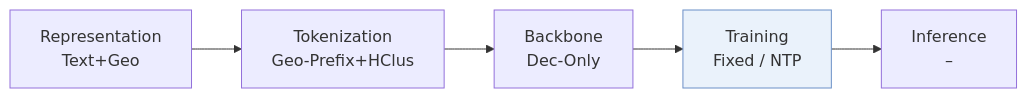
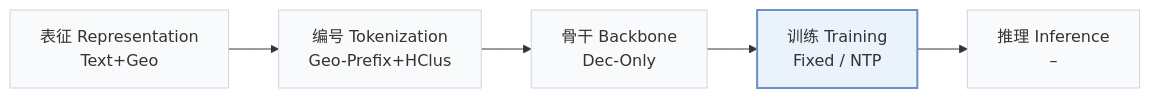
Before and after one commit to Galaxy-ghost/Awesome-SID-Generative-Rec: the first of 2 diagrams in pages/zh/papers/aware.md, drawn with Mermaid. The commit also changed other lines of this file and 649 other files, not shown here.

Commit message:
writer-05: also tags and modality index (schema, check, build, visuals); summary field removed; calibration data for 12 papers

````diff
--- a/pages/zh/papers/aware.md
+++ b/pages/zh/papers/aware.md
@@ -13,6 +15,8 @@
 ```mermaid
 flowchart LR
-    R["Representation<br/>Text+Geo"] --> T["Tokenization<br/>Geo-Prefix+HClus"] --> B["Backbone<br/>Dec-Only"] --> TR["Training<br/>Fixed / NTP"] --> I["Inference<br/>–"]
-    classDef main fill:#eaf2fb,stroke:#6b8fc7
+    R["表征 Representation<br/>Text+Geo"] --> T["编号 Tokenization<br/>Geo-Prefix+HClus"] --> B["骨干 Backbone<br/>Dec-Only"] --> TR["训练 Training<br/>Fixed / NTP"] --> I["推理 Inference<br/>–"]
+    classDef base fill:#f8fafc,stroke:#cbd5e1
+    class R,T,B,TR,I base
+    classDef main fill:#eaf2fb,stroke:#6b8fc7,stroke-width:2px
     class TR main
 ```
````
